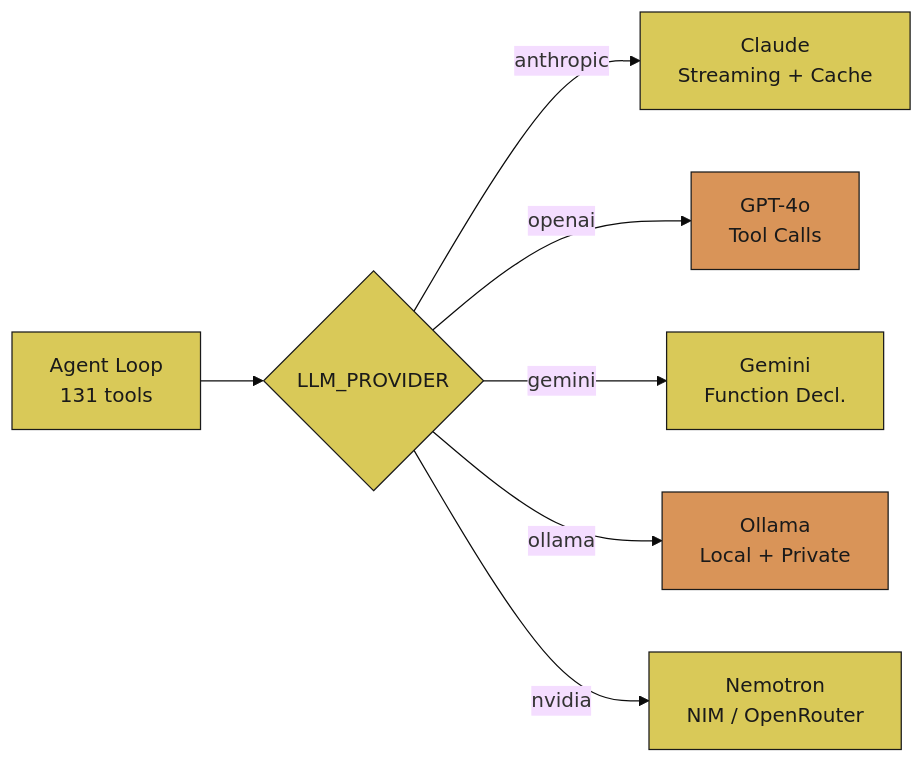
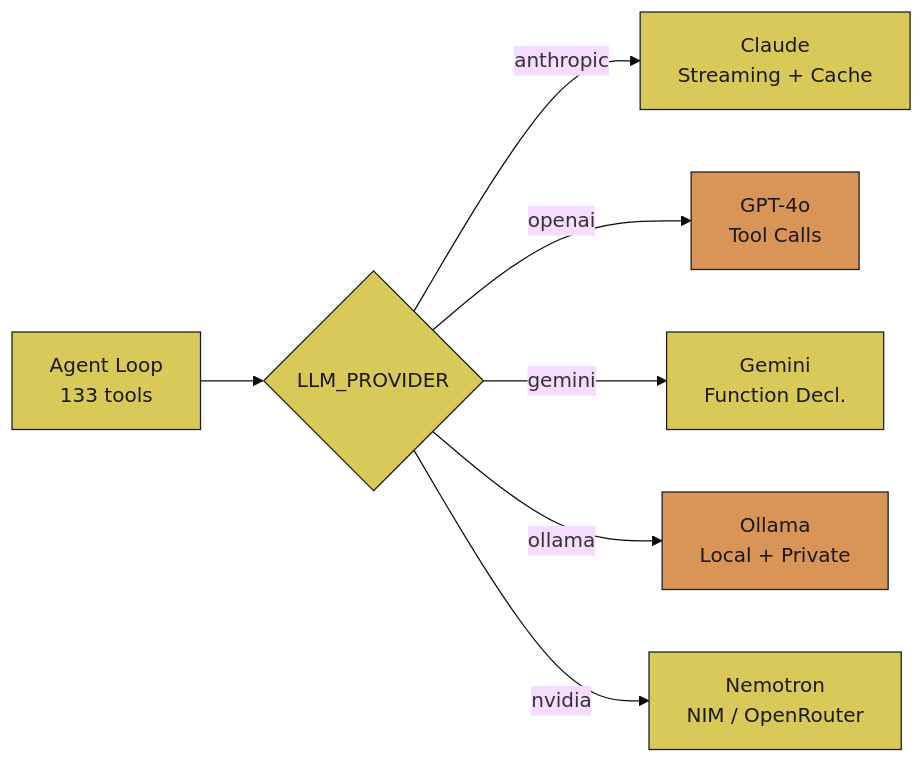
The fifth of 33 diagrams in README.md (JosephOIbrahim/Comfy-Cozy), drawn with Mermaid (base theme) before and after one commit. The commit also changed other lines of this file, not shown here.

````diff
--- a/README.md
+++ b/README.md
@@ -392,14 +410,14 @@
 ```mermaid
 graph LR
-    Agent[Agent Loop<br/>131 tools] --> LLM{LLM_PROVIDER}
+    Agent[Agent Loop<br/>133 tools] --> LLM{LLM_PROVIDER}
     LLM -->|anthropic| A["Claude<br/>Streaming + Cache"]
     LLM -->|openai| B["GPT-4o<br/>Tool Calls"]
     LLM -->|gemini| C["Gemini<br/>Function Decl."]
     LLM -->|ollama| D["Ollama<br/>Local + Private"]
     LLM -->|nvidia| E["Nemotron<br/>NIM / OpenRouter"]
 
     classDef orange fill:#d99458,color:#1a1a1a,stroke:#1a1a1a
     classDef yellow fill:#d9c958,color:#1a1a1a,stroke:#1a1a1a
     class B,D orange
     class Agent,A,C,E,LLM yellow
 ```
````
